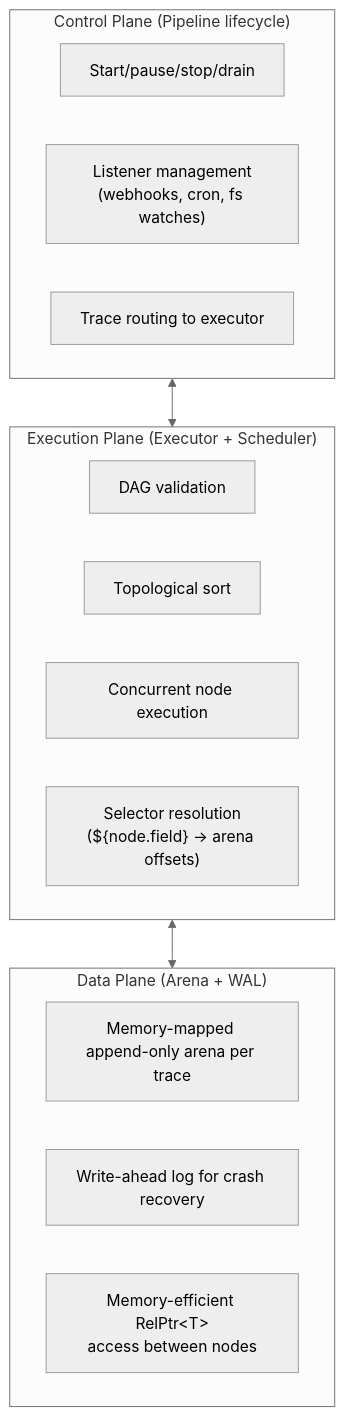
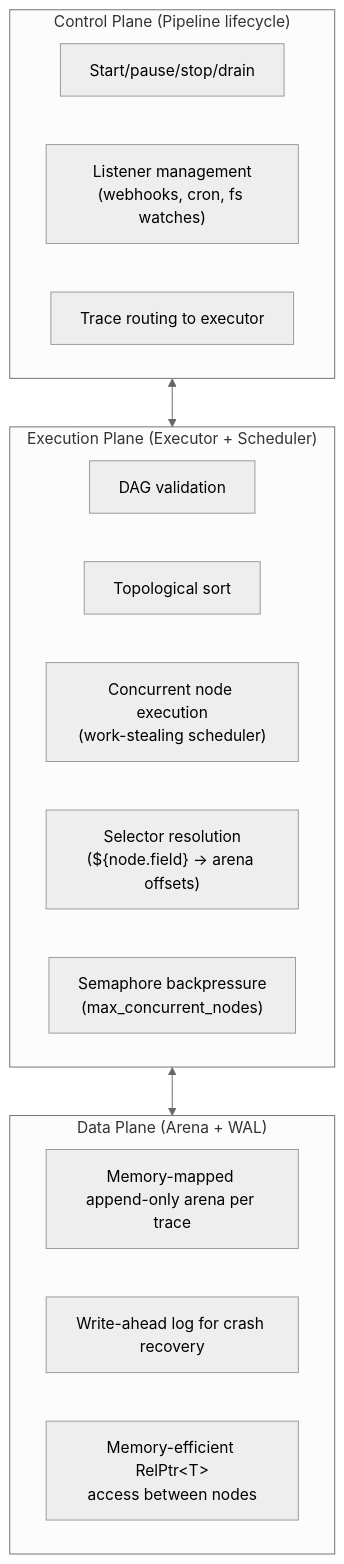
The second of 3 diagrams in README.md (farhan-syah/xerv), drawn with Mermaid (neutral theme) before and after one commit. The commit also changed other lines of this file and 3 other files, not shown here.

First line of the commit message:
docs: document client library and concurrent execution

````diff
--- a/README.md
+++ b/README.md
@@ -171,24 +172,25 @@
 ```mermaid
 graph TB
     subgraph CP["Control Plane (Pipeline lifecycle)"]
         CP1["Start/pause/stop/drain"]
         CP2["Listener management<br/>(webhooks, cron, fs watches)"]
         CP3["Trace routing to executor"]
     end
 
     subgraph EP["Execution Plane (Executor + Scheduler)"]
         EP1["DAG validation"]
         EP2["Topological sort"]
-        EP3["Concurrent node execution"]
+        EP3["Concurrent node execution<br/>(work-stealing scheduler)"]
         EP4["Selector resolution<br/>(${node.field} → arena offsets)"]
+        EP5["Semaphore backpressure<br/>(max_concurrent_nodes)"]
     end
 
     subgraph DP["Data Plane (Arena + WAL)"]
         DP1["Memory-mapped append-only arena per trace"]
         DP2["Write-ahead log for crash recovery"]
         DP3["Memory-efficient RelPtr&lt;T&gt;<br/>access between nodes"]
     end
 
     CP <--> EP
     EP <--> DP
 ```
````
